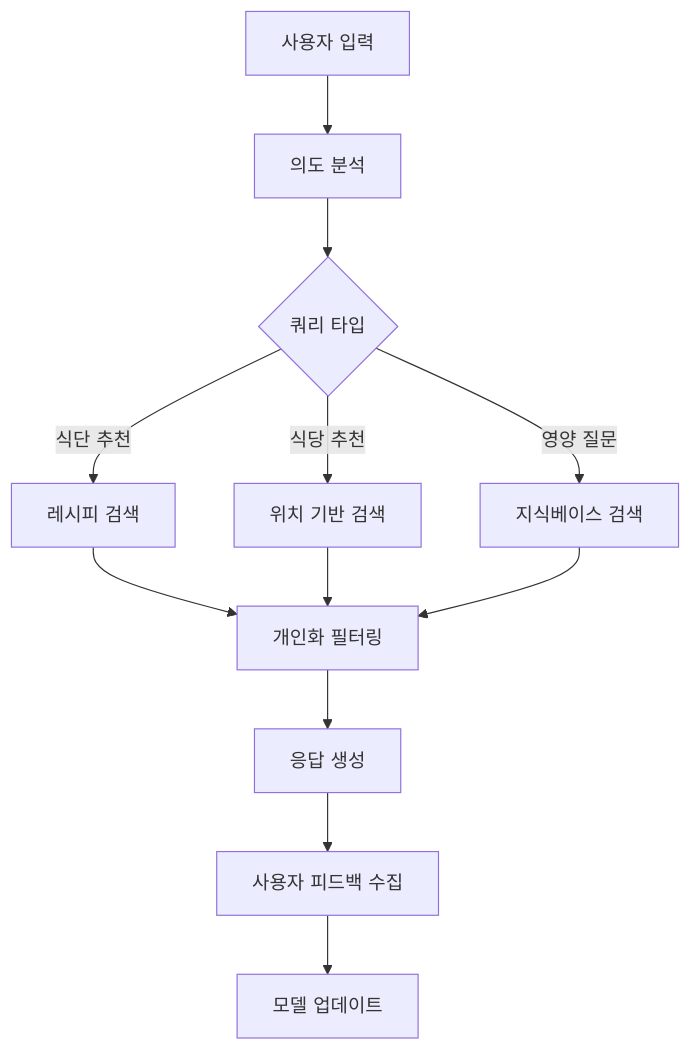
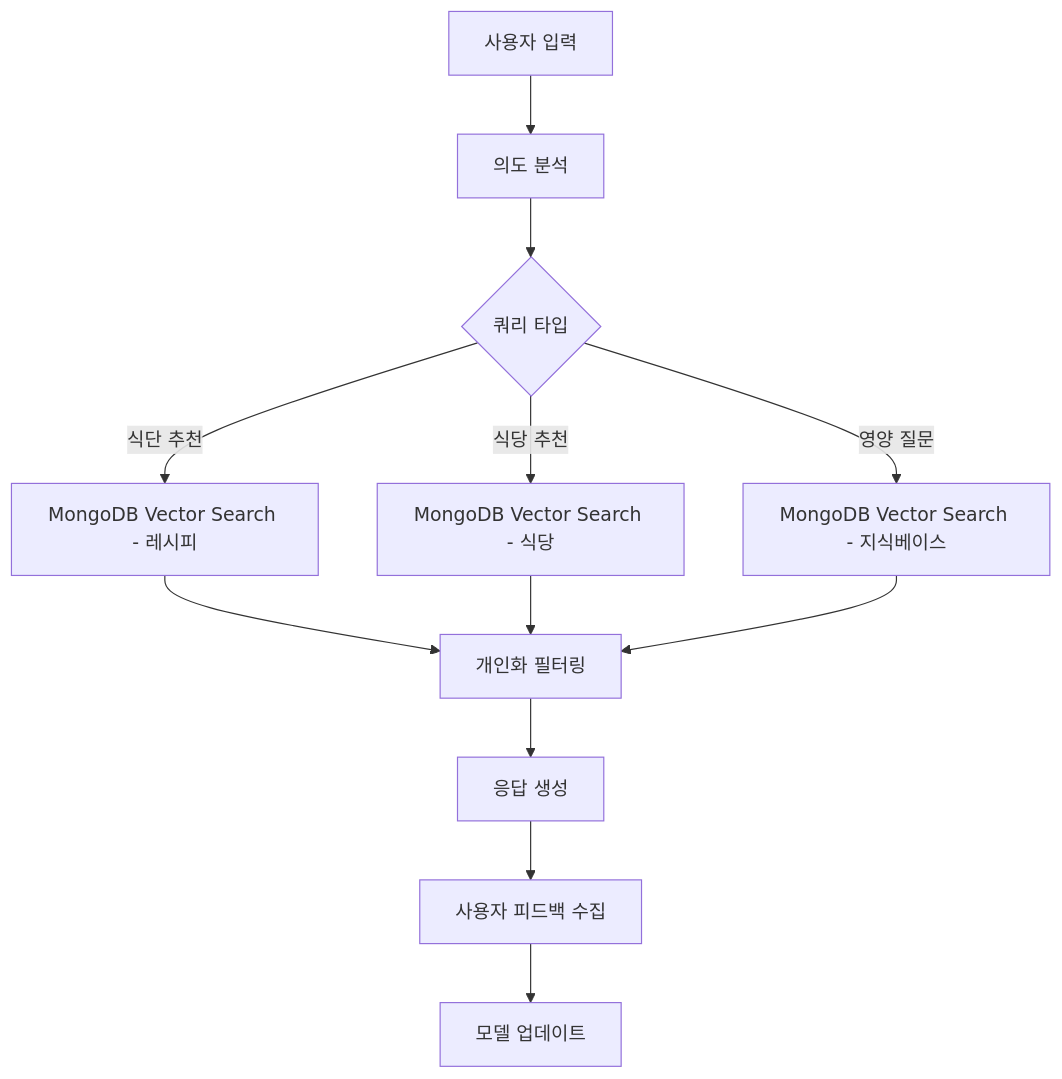
Before and after one commit to AI-Course-Team-4/KetoHelper: the diagram in PRD_COMPLETE.md, drawn with Mermaid. The commit also changed other lines of this file and 3 other files, not shown here.

````diff
--- a/PRD_COMPLETE.md
+++ b/PRD_COMPLETE.md
@@ -173,14 +173,14 @@
 ```mermaid
 graph TD
     A[사용자 입력] --> B[의도 분석]
     B --> C{쿼리 타입}
-    C -->|식단 추천| D[레시피 검색]
-    C -->|식당 추천| E[위치 기반 검색]
-    C -->|영양 질문| F[지식베이스 검색]
+    C -->|식단 추천| D[MongoDB Vector Search - 레시피]
+    C -->|식당 추천| E[MongoDB Vector Search - 식당]
+    C -->|영양 질문| F[MongoDB Vector Search - 지식베이스]
     D --> G[개인화 필터링]
     E --> G
     F --> G
     G --> H[응답 생성]
     H --> I[사용자 피드백 수집]
     I --> J[모델 업데이트]
 ```
````
